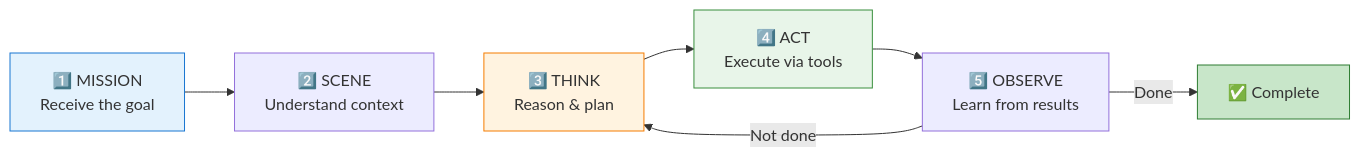
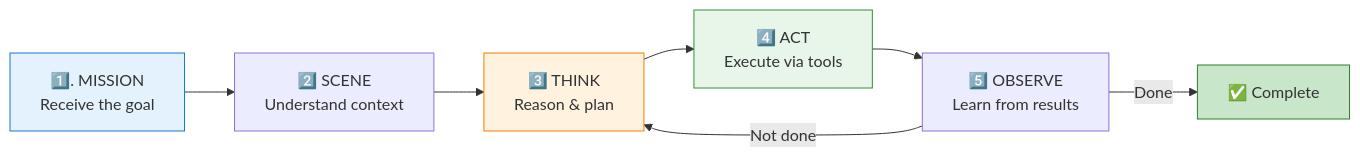
The second of 3 diagrams in content/articles/2026-01-18-the-orchestra-why-multi-agent-works.md (locdinh209/Harry-the-architect), drawn with Mermaid before and after one commit. The commit also changed 4 other files, not shown here.

````diff
--- a/content/articles/2026-01-18-the-orchestra-why-multi-agent-works.md
+++ b/content/articles/2026-01-18-the-orchestra-why-multi-agent-works.md
@@ -85,14 +85,14 @@
 ```mermaid
 flowchart LR
-    MISSION["1️⃣ MISSION<br/>Receive the goal"] --> SCENE["2️⃣ SCENE<br/>Understand context"]
+    MISSION["1️⃣. MISSION<br/>Receive the goal"] --> SCENE["2️⃣ SCENE<br/>Understand context"]
     SCENE --> THINK["3️⃣ THINK<br/>Reason & plan"]
     THINK --> ACT["4️⃣ ACT<br/>Execute via tools"]
     ACT --> OBSERVE["5️⃣ OBSERVE<br/>Learn from results"]
     OBSERVE -->|"Not done"| THINK
     OBSERVE -->|"Done"| COMPLETE["✅ Complete"]
     
     style MISSION fill:#e3f2fd,stroke:#1976d2
     style THINK fill:#fff3e0,stroke:#f57c00
     style ACT fill:#e8f5e9,stroke:#388e3c
     style COMPLETE fill:#c8e6c9,stroke:#2e7d32
 ```
````
